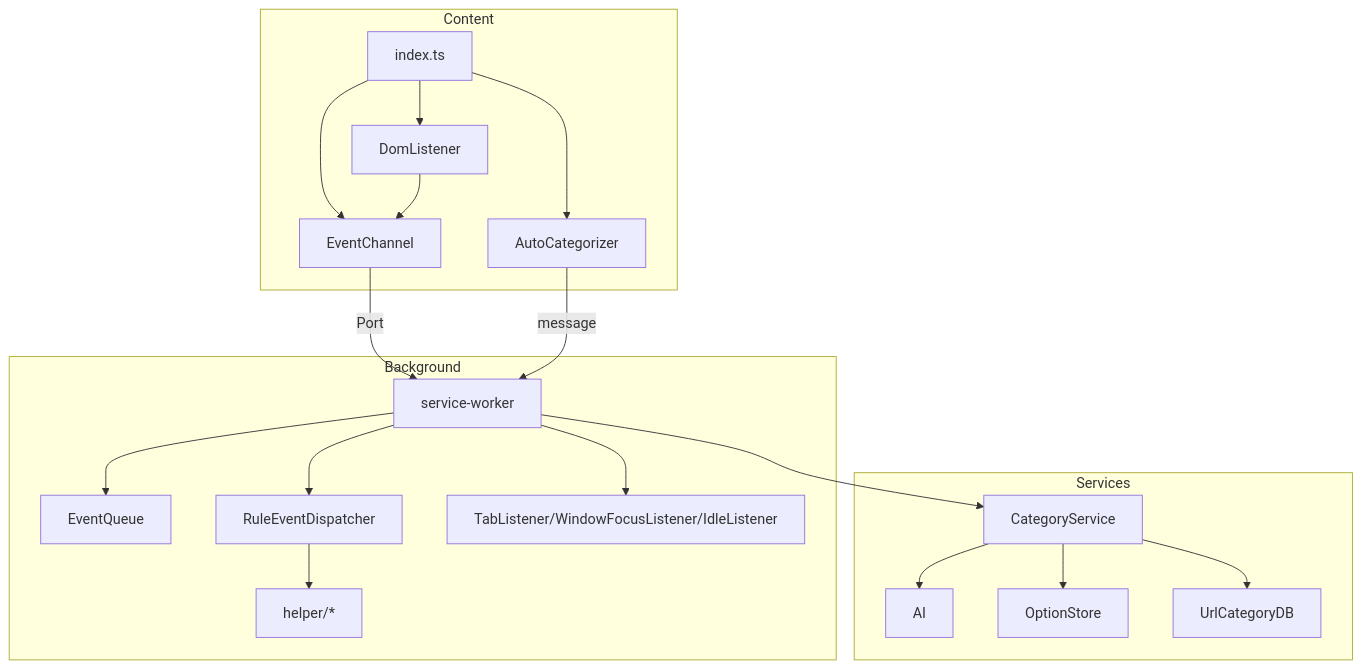
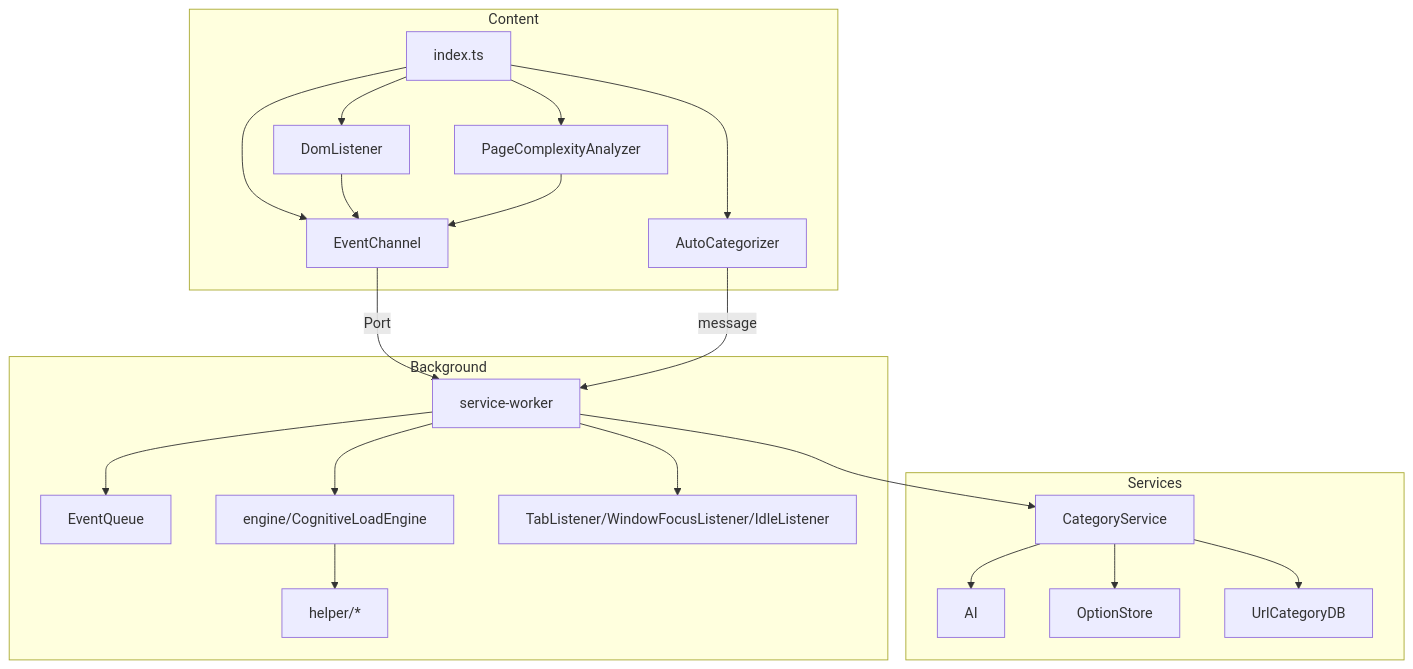
Before and after one commit to MingxuanGame/BrainRest: the diagram in .qoder/repowiki/zh/content/架构设计/组件架构/组件架构.md, drawn with Mermaid. The commit also changed other lines of this file and 70 other files, not shown here.

````diff
--- a/.qoder/repowiki/zh/content/架构设计/组件架构/组件架构.md
+++ b/.qoder/repowiki/zh/content/架构设计/组件架构/组件架构.md
@@ -28,23 +32,25 @@
 ```mermaid
 graph TB
 subgraph Content
 CI["index.ts"] --> EC["EventChannel"]
 CI --> DL["DomListener"]
 CI --> AC["AutoCategorizer"]
+CI --> PCA["PageComplexityAnalyzer"]
 end
 subgraph Background
 SW["service-worker"] --> Q["EventQueue"]
-SW --> D["RuleEventDispatcher"]
+SW --> E["engine/CognitiveLoadEngine"]
 SW --> TL["TabListener/WindowFocusListener/IdleListener"]
-D --> HP["helper/*"]
+E --> HP["helper/*"]
 end
 subgraph Services
 SW --> CS["CategoryService"]
 CS --> AI["AI"]
 CS --> OS["OptionStore"]
 CS --> UDB["UrlCategoryDB"]
 end
 DL --> EC
+PCA --> EC
 EC -->|Port| SW
 AC -->|message| SW
 ```
````
